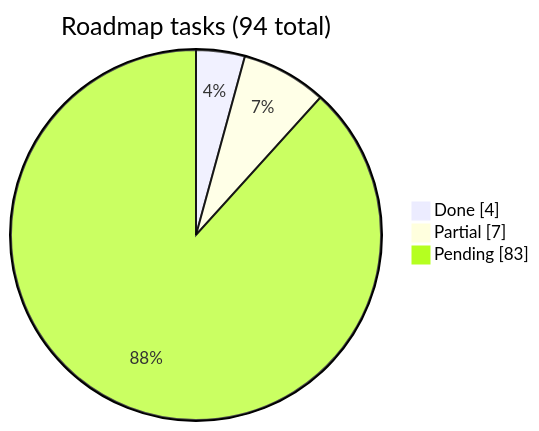
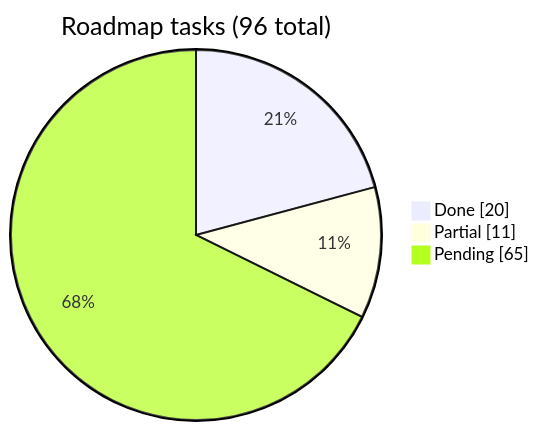
Before and after one commit to adelgadox/fastapi-nextjs-boilerplate: the diagram in docs/roadmap/README.md, drawn with Mermaid. The commit also changed other lines of this file and 3 other files, not shown here.

First line of the commit message:
docs: finalize roadmap counts (21%), frontend Sentry env vars

````diff
--- a/docs/roadmap/README.md
+++ b/docs/roadmap/README.md
@@ -13,7 +13,7 @@
 ```mermaid
 pie showData
-  title Roadmap tasks (94 total)
-  "Done" : 4
-  "Partial" : 7
-  "Pending" : 83
+  title Roadmap tasks (96 total)
+  "Done" : 20
+  "Partial" : 11
+  "Pending" : 65
 ```
````
